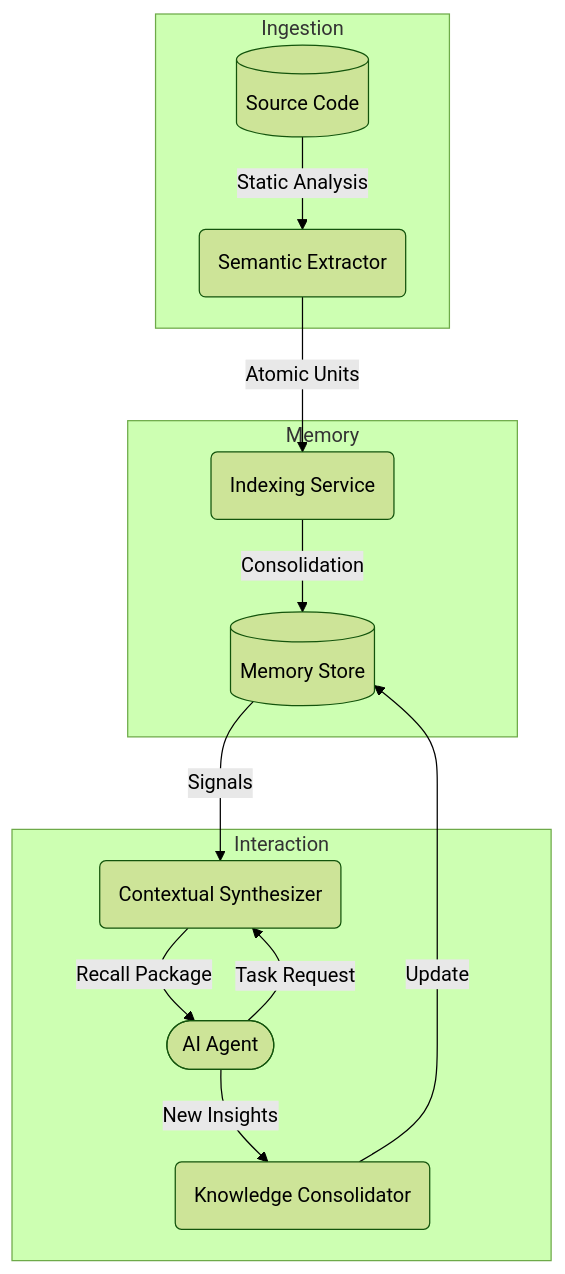
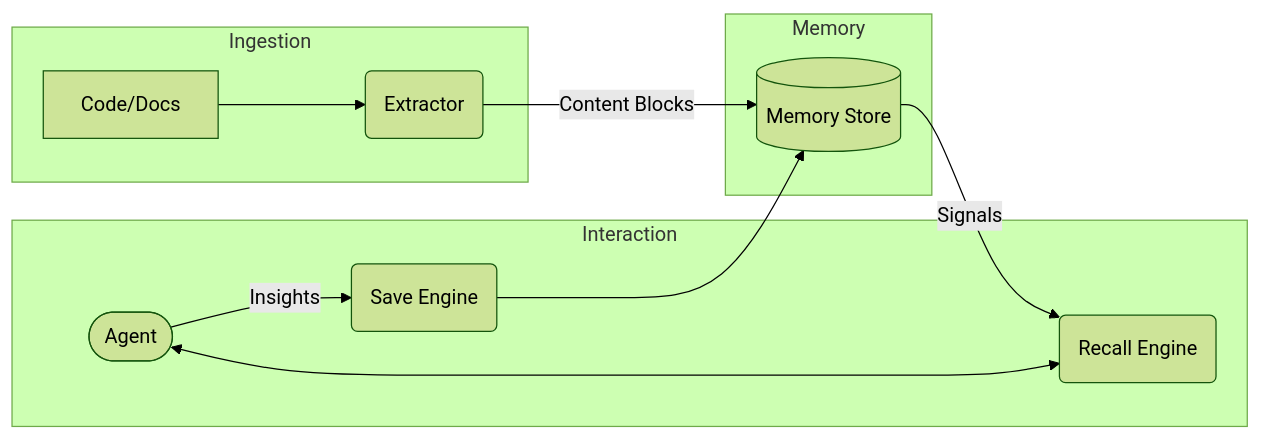
One commit to konteks/cli changed the diagram in docs/core-concepts/overview.md. Above: the diagram before and after it, drawn with Mermaid (forest theme). The commit also changed other lines of this file and 9 other files, not shown here.

````diff
--- a/docs/core-concepts/overview.md
+++ b/docs/core-concepts/overview.md
@@ -42,19 +42,17 @@
 ```mermaid
-graph TD
+graph LR
     subgraph Ingestion
-    Code[(Source Code)] -- "Static Analysis" --> Extractor(Semantic Extractor)
+    Source[Code/Docs] --> Extractor(Extractor)
     end
 
     subgraph Memory
-    Extractor -- "Atomic Units" --> Indexer(Indexing Service)
-    Indexer -- "Consolidation" --> Store[(Memory Store)]
+    Extractor -- "Content Blocks" --> Store[(Memory Store)]
     end
 
     subgraph Interaction
-    Store -- "Signals" --> Synthesizer(Contextual Synthesizer)
-    Agent([AI Agent]) -- "Task Request" --> Synthesizer
-    Synthesizer -- "Recall Package" --> Agent
-    Agent -- "New Insights" --> Consolidator(Knowledge Consolidator)
-    Consolidator -- "Update" --> Store
+    Store -- "Signals" --> Recall(Recall Engine)
+    Agent([Agent]) <--> Recall
+    Agent -- "Insights" --> Save(Save Engine)
+    Save --> Store
     end
 ```
````
